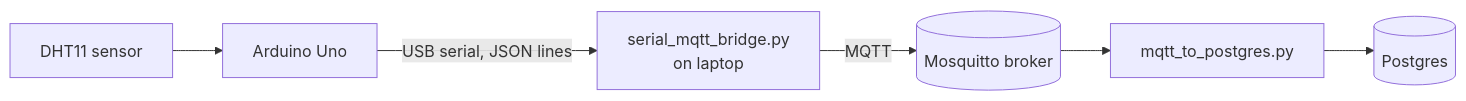
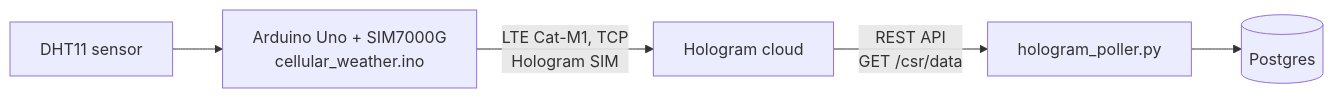
The first of 2 diagrams in README.md (rdj215/uno_weather_serial), drawn with Mermaid before and after one commit. The commit also changed other lines of this file and 9 other files, not shown here.

First line of the commit message:
Add cellular data path via Hologram cloud

````diff
--- a/README.md
+++ b/README.md
@@ -27,8 +30,7 @@
 ```mermaid
 flowchart LR
-    S[DHT11 sensor] --> U[Arduino Uno]
-    U -- "USB serial, JSON lines" --> B[serial_mqtt_bridge.py<br/>on laptop]
-    B -- MQTT --> M[(Mosquitto broker)]
-    M --> W[mqtt_to_postgres.py]
-    W --> D[(Postgres)]
+    S[DHT11 sensor] --> U[Arduino Uno + SIM7000G<br/>cellular_weather.ino]
+    U -- "LTE Cat-M1, TCP<br/>Hologram SIM" --> H[Hologram cloud]
+    H -- "REST API<br/>GET /csr/data" --> P[hologram_poller.py]
+    P --> D[(Postgres)]
 ```
````
